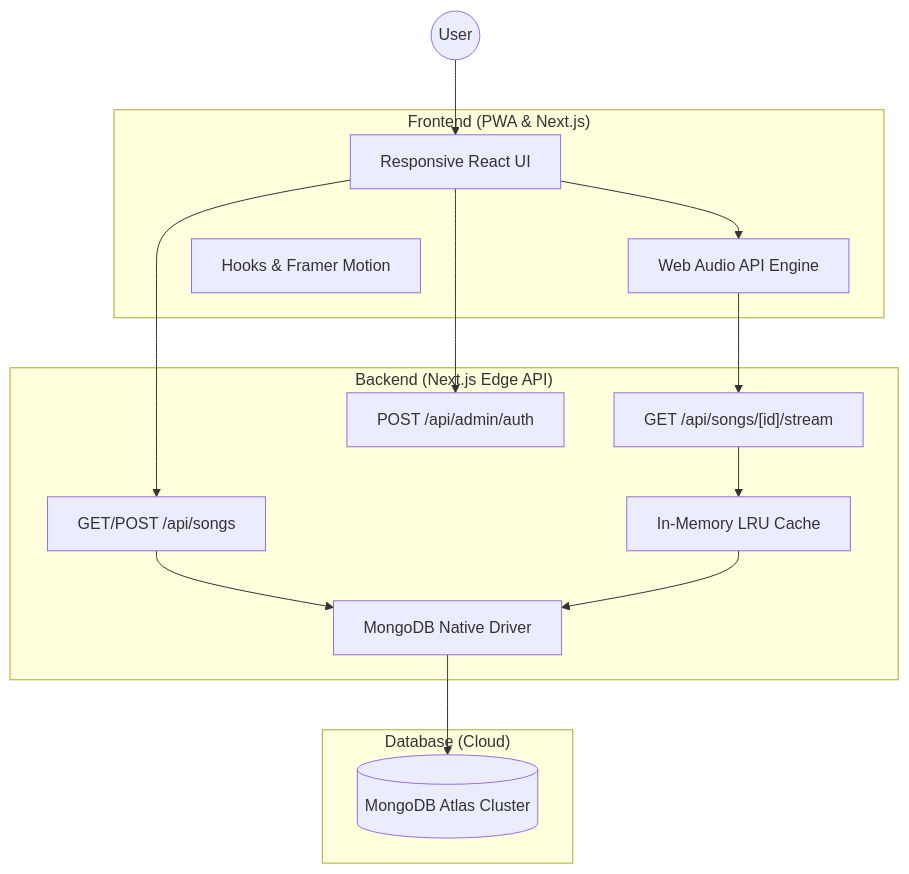
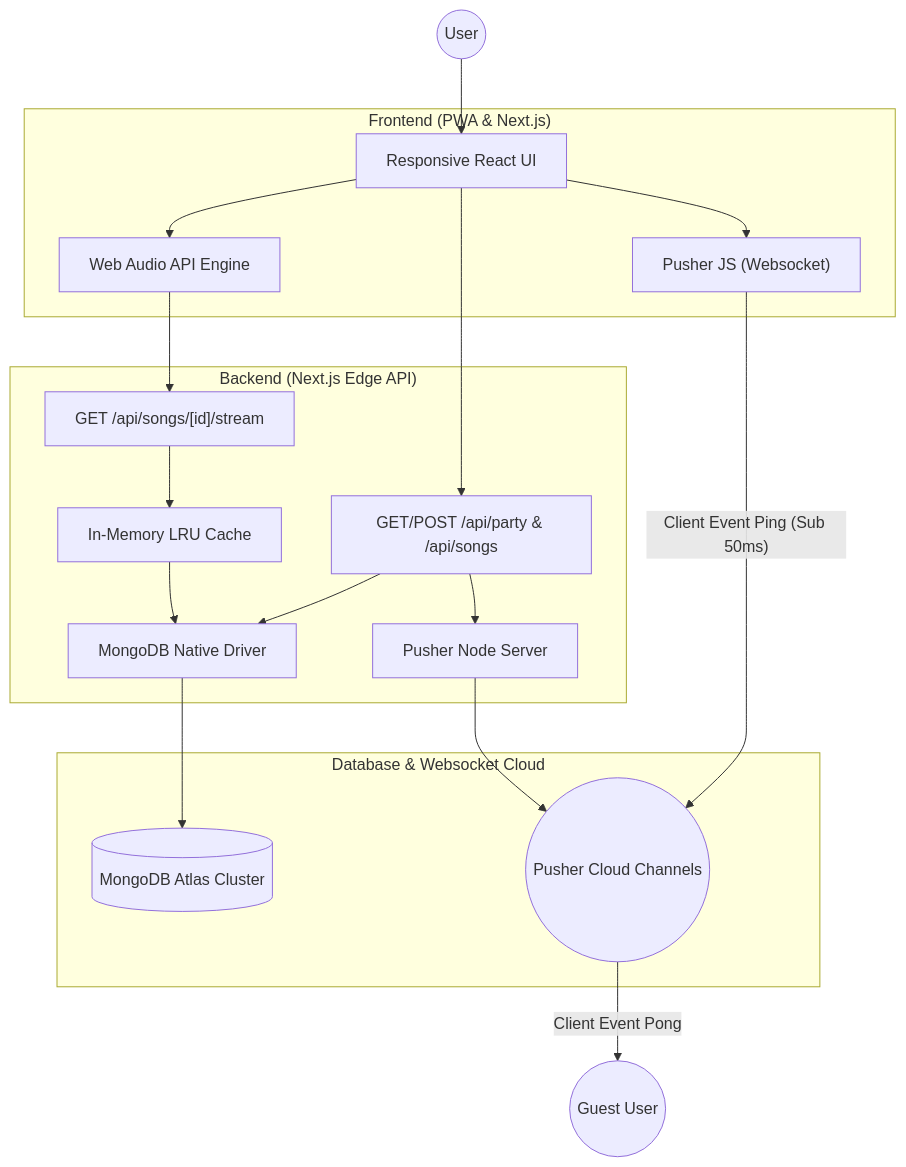
One commit to CodeWithBasu/RhythmX changed the diagram in README.md. Above: the diagram before and after it, drawn with Mermaid. The commit also changed other lines of this file, not shown here.

Commit message:
feat: integrate Pusher for real-time party synchronization and update documentation accordingly

````diff
--- a/README.md
+++ b/README.md
@@ -32,32 +33,41 @@
 ```mermaid
 graph TD
     User((User))
+    Guest((Guest User))
 
     subgraph "Frontend (PWA & Next.js)"
         UI["Responsive React UI"]
         Visualizer["Web Audio API Engine"]
-        State["Hooks & Framer Motion"]
+        PusherClient["Pusher JS (Websocket)"]
     end
 
     subgraph "Backend (Next.js Edge API)"
-        MetaAPI["GET/POST /api/songs"]
+        MetaAPI["GET/POST /api/party & /api/songs"]
         StreamAPI["GET /api/songs/[id]/stream"]
-        AuthAPI["POST /api/admin/auth"]
         LRUCache["In-Memory LRU Cache"]
         MongoClient["MongoDB Native Driver"]
+        PusherServer["Pusher Node Server"]
     end
 
-    subgraph "Database (Cloud)"
+    subgraph "Database & Websocket Cloud"
         Atlas[("MongoDB Atlas Cluster")]
+        PusherCloud(("Pusher Cloud Channels"))
     end
 
     User --> UI
     UI --> Visualizer
+    Visualizer --> StreamAPI
     UI --> MetaAPI
-    Visualizer --> StreamAPI
-    UI --> AuthAPI
+    UI --> PusherClient
+    
+    %% Peer to Peer fallback Simulation
+    PusherClient -- "Client Event Ping (Sub 50ms)" --> PusherCloud
+    PusherCloud -- "Client Event Pong" --> Guest
+    
     MetaAPI --> MongoClient
+    MetaAPI --> PusherServer
+    PusherServer --> PusherCloud
     StreamAPI --> LRUCache
     LRUCache --> MongoClient
     MongoClient --> Atlas
 ```
````
